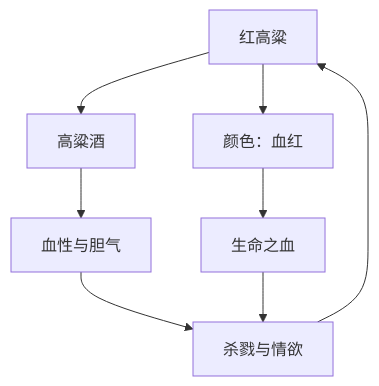
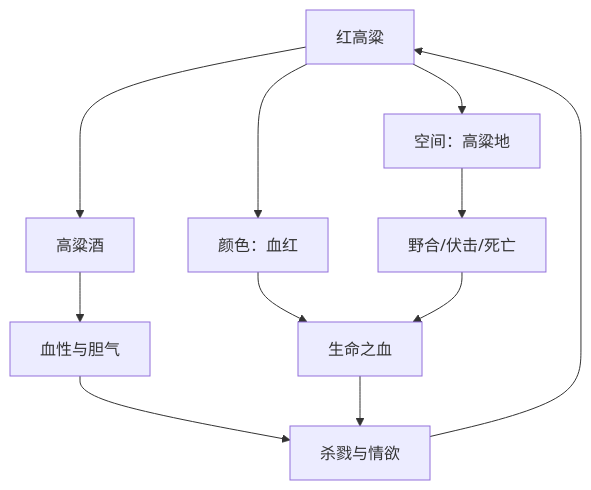
One commit to xdawayer/obsidian changed the first of 2 diagrams in 知识库/文学类/《红高粱家族》 - 莫言.md. Above: the diagram before and after it, drawn with Mermaid. The commit also changed other lines of this file and 25 other files, not shown here.

````diff
--- a/知识库/文学类/《红高粱家族》 - 莫言.md
+++ b/知识库/文学类/《红高粱家族》 - 莫言.md
@@ -103,10 +103,13 @@
 ```mermaid
 graph TD
     A[红高粱] --> B[高粱酒]
     B --> C[血性与胆气]
     C --> D[杀戮与情欲]
     D --> A
     A --> E[颜色：血红]
     E --> F[生命之血]
     F --> D
+    A --> G[空间：高粱地]
+    G --> H[野合/伏击/死亡]
+    H --> F
 ```
````
